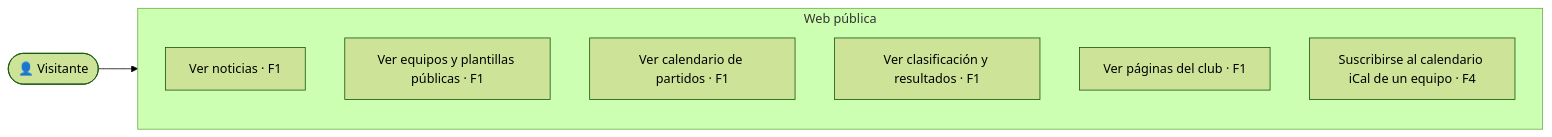
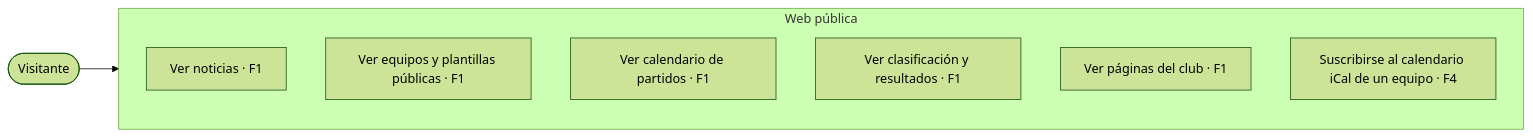
Before and after one commit to RodrigoSanmartinAlaejos/los-chicharros-vc: the first of 4 diagrams in docs/06-diagramas/casos-de-uso.md, drawn with Mermaid (forest theme). The commit also changed other lines of this file and 9 other files, not shown here.

Commit message:
docs(diagrams): add phase 1 sequence and state diagrams (#79)

````diff
--- a/docs/06-diagramas/casos-de-uso.md
+++ b/docs/06-diagramas/casos-de-uso.md
@@ -16,13 +16,13 @@
 ```mermaid
 flowchart LR
-    V(["👤 Visitante"])
+    V(["Visitante"])
     subgraph PUB [Web pública]
         V1["Ver noticias · F1"]
         V2["Ver equipos y plantillas públicas · F1"]
         V3["Ver calendario de partidos · F1"]
         V4["Ver clasificación y resultados · F1"]
         V5["Ver páginas del club · F1"]
         V6["Suscribirse al calendario iCal de un equipo · F4"]
     end
     V --> PUB
 ```
````
